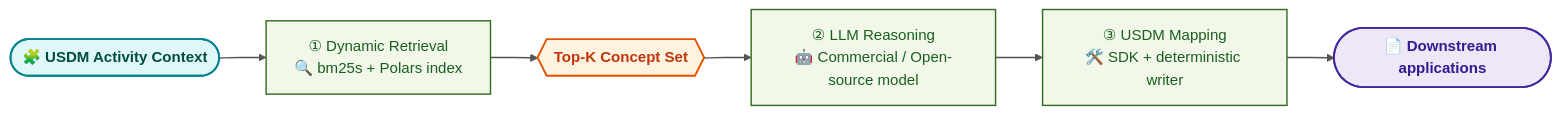
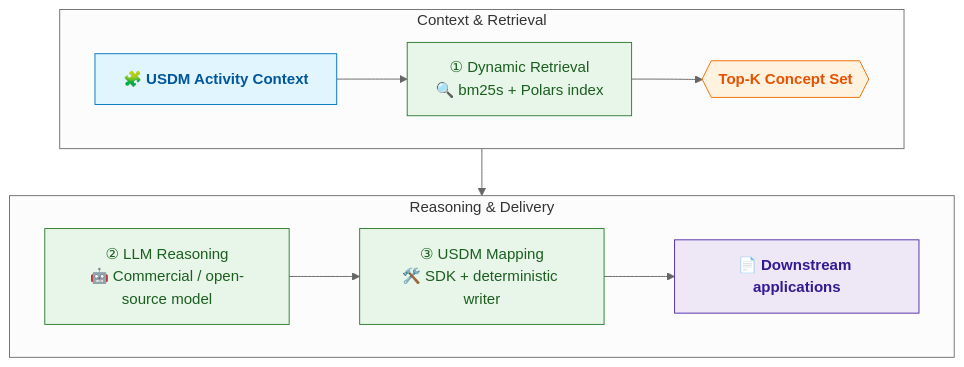
Before and after one commit to AI-LENS/usdm-bc-mapper: the diagram in README.md, drawn with Mermaid.

````diff
--- a/README.md
+++ b/README.md
@@ -55,24 +55,25 @@
 ```mermaid
-%%{init: {'theme':'base', 'flowchart': {'htmlLabels': true, 'curve': 'basis', 'wrap': true}}}%%
-flowchart LR
-    A(["🧩 USDM Activity Context"]) --> B["① Dynamic Retrieval<br/>🔍 bm25s + Polars index"]
-    B --> C{{"Top-K Concept Set"}}
-    C --> D["② LLM Reasoning<br/>🤖 Commercial / Open-source model"]
-    D --> E["③ USDM Mapping<br/>🛠️ SDK + deterministic writer"]
-    E --> F(["📄 Downstream applications"])
+%%{init: {'theme':'neutral', 'flowchart': {'htmlLabels': true, 'curve': 'basis', 'wrap': true}}}%%
+flowchart TB
+    subgraph L1[Context & Retrieval]
+        direction LR
+        A["🧩 USDM Activity Context"] --> B["① Dynamic Retrieval<br/>🔍 bm25s + Polars index"] --> C{{"Top-K Concept Set"}}
+    end
 
-    %% Node Styling
-    classDef start fill:#E0F7FA,stroke:#00838F,stroke-width:2px,color:#004D40,font-weight:bold;
-    classDef process fill:#F1F8E9,stroke:#33691E,stroke-width:1.5px,color:#1B5E20;
-    classDef decision fill:#FFF3E0,stroke:#E65100,stroke-width:2px,color:#BF360C,font-weight:bold;
-    classDef output fill:#EDE7F6,stroke:#4527A0,stroke-width:2px,color:#311B92,font-weight:bold;
+    subgraph L2[Reasoning & Delivery]
+        direction LR
+        D["② LLM Reasoning<br/>🤖 Commercial / open-source model"] --> E["③ USDM Mapping<br/>🛠️ SDK + deterministic writer"] --> F["📄 Downstream applications"]
+    end
 
-    %% Edge Styling
-    linkStyle default stroke:#555,stroke-width:1.5px,fill:none,arrowhead:normal;
+    C --> D
 
-    %% Apply classes
-    class A start
+    classDef context fill:#E1F5FE,stroke:#0277BD,color:#01579B,font-weight:bold;
+    classDef process fill:#E8F5E9,stroke:#2E7D32,color:#1B5E20;
+    classDef decision fill:#FFF3E0,stroke:#EF6C00,color:#E65100,font-weight:bold;
+    classDef output fill:#EDE7F6,stroke:#512DA8,color:#311B92,font-weight:bold;
+
+    class A context
     class B,D,E process
     class C decision
     class F output
 ```
````
